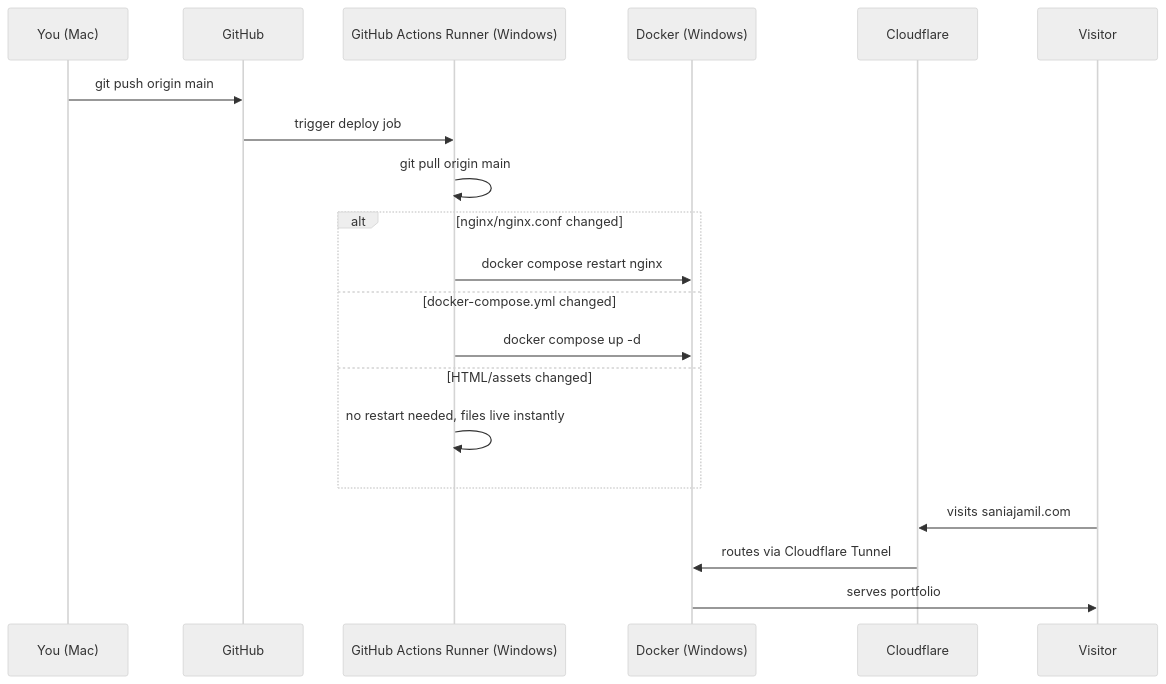
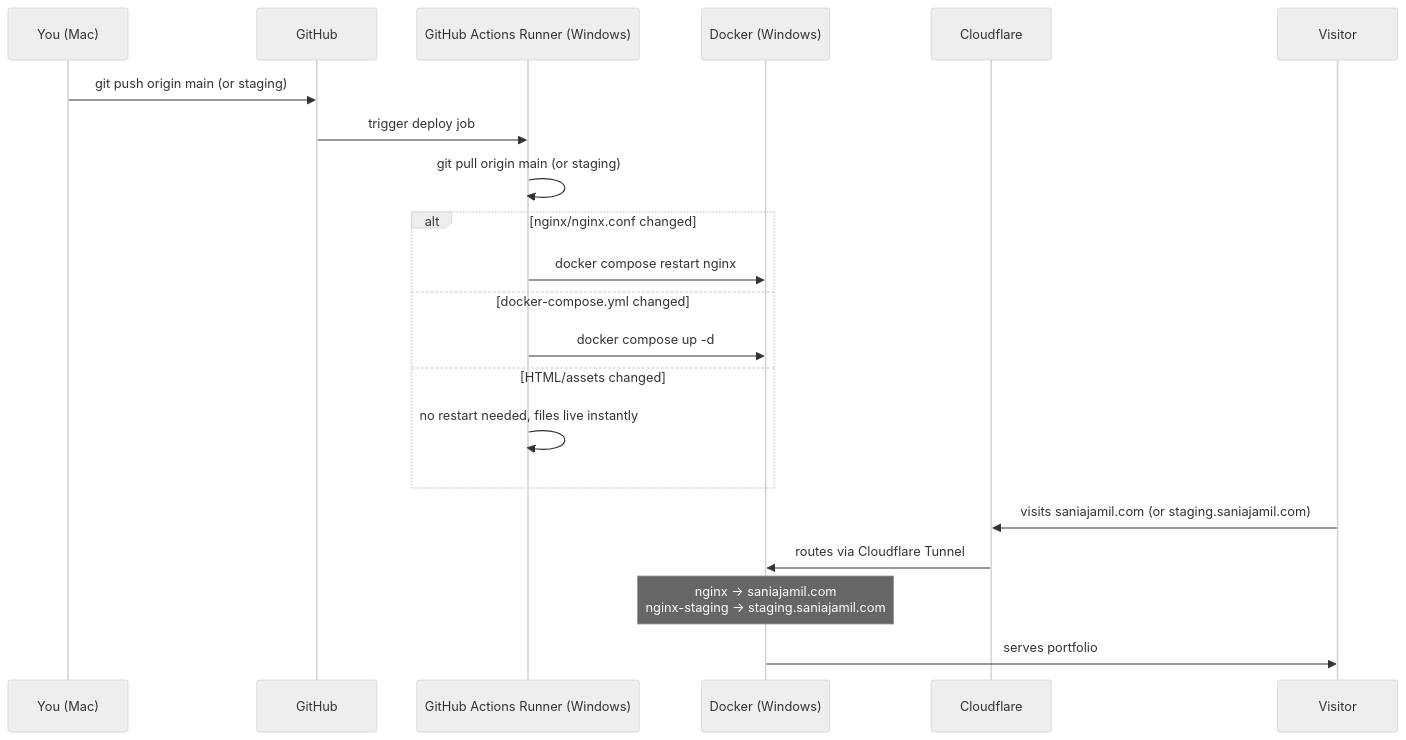
Before and after one commit to saniakhushbakhtjamil/playground: the diagram in README.md, drawn with Mermaid (neutral theme). The commit also changed other lines of this file, not shown here.

Commit message:
Update docs with staging environment and full infrastructure setup

````diff
--- a/README.md
+++ b/README.md
@@ -26,25 +30,27 @@
 ```mermaid
 sequenceDiagram
     participant You as You (Mac)
     participant GitHub
     participant Runner as GitHub Actions Runner (Windows)
     participant Docker as Docker (Windows)
     participant CF as Cloudflare
     participant Visitor
 
-    You->>GitHub: git push origin main
+    You->>GitHub: git push origin main (or staging)
     GitHub->>Runner: trigger deploy job
-    Runner->>Runner: git pull origin main
+
+    Runner->>Runner: git pull origin main (or staging)
 
     alt nginx/nginx.conf changed
         Runner->>Docker: docker compose restart nginx
     else docker-compose.yml changed
         Runner->>Docker: docker compose up -d
     else HTML/assets changed
         Runner->>Runner: no restart needed, files live instantly
     end
 
-    Visitor->>CF: visits saniajamil.com
+    Visitor->>CF: visits saniajamil.com (or staging.saniajamil.com)
     CF->>Docker: routes via Cloudflare Tunnel
+    Note over Docker: nginx → saniajamil.com<br/>nginx-staging → staging.saniajamil.com
     Docker->>Visitor: serves portfolio
 ```
````
